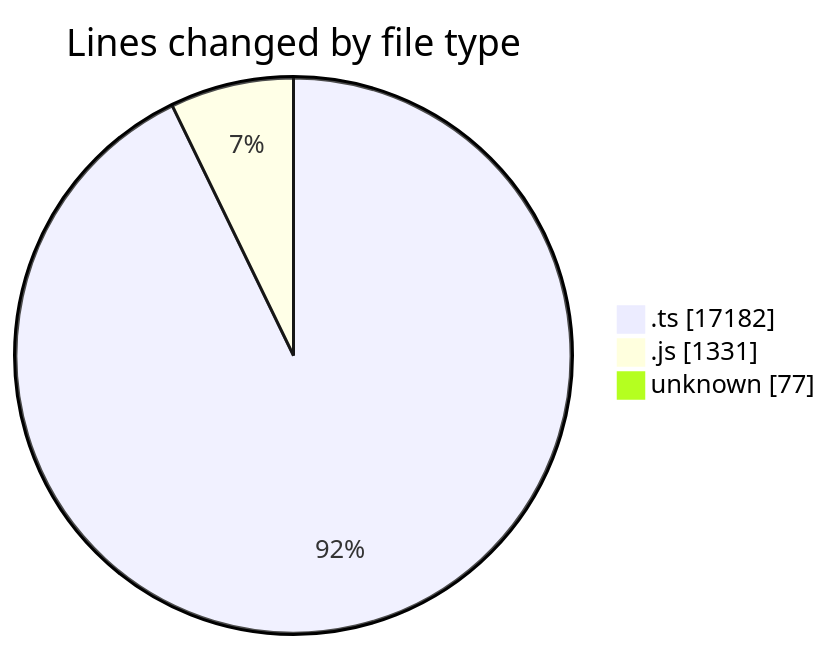
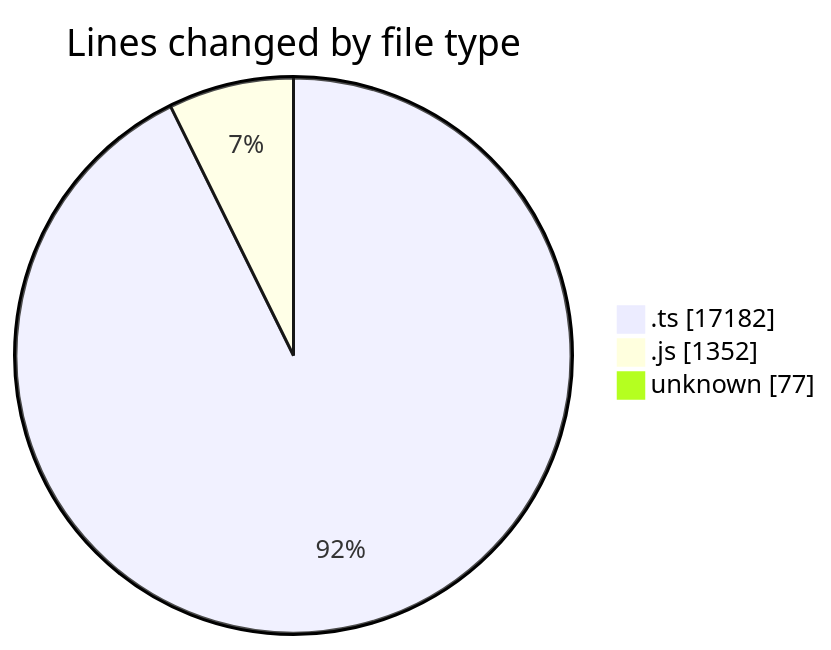
The first of 2 diagrams in 2026-02-03/cda/README.md (momahboobian/code-tracking), drawn with Mermaid before and after one commit. The commit also changed other lines of this file and 1 other file, not shown here.

````diff
--- a/2026-02-03/cda/README.md
+++ b/2026-02-03/cda/README.md
@@ -27,7 +27,7 @@
 ```mermaid
 pie showData
 title Lines changed by file type
 ".ts" : 17182
-".js" : 1331
+".js" : 1352
 "unknown" : 77
 ```
````
